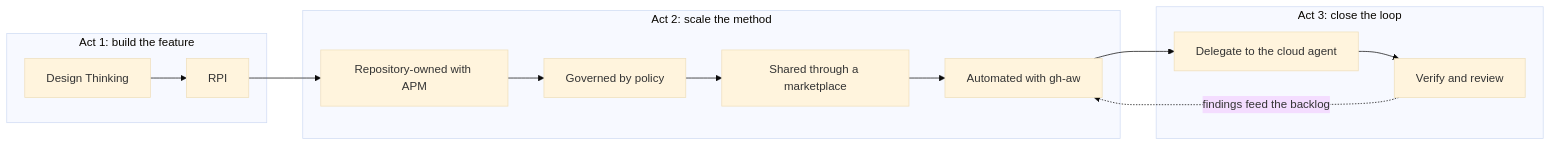
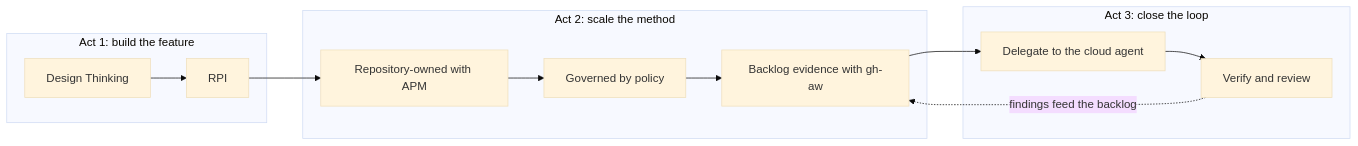
The diagram in README.md (Ch0wseth/AI-SDLC-Workshop-1), drawn with Mermaid (base theme) before and after one commit. The commit also changed other lines of this file and 15 other files, not shown here.

First line of the commit message:
docs: rework Levels 4-6 into a guided delivery flow

````diff
--- a/README.md
+++ b/README.md
@@ -77,17 +77,16 @@
 ```mermaid
 flowchart LR
   subgraph Build["Act 1: build the feature"]
     A[Design Thinking] --> B[RPI]
   end
   subgraph Scale["Act 2: scale the method"]
     C[Repository-owned with APM] --> D[Governed by policy]
-    D --> E[Shared through a marketplace]
-    E --> F[Automated with gh-aw]
+    D --> F[Backlog evidence with gh-aw]
   end
   subgraph Close["Act 3: close the loop"]
     G[Delegate to the cloud agent] --> H[Verify and review]
   end
   B --> C
   F --> G
   H -. findings feed the backlog .-> F
 ```
````
